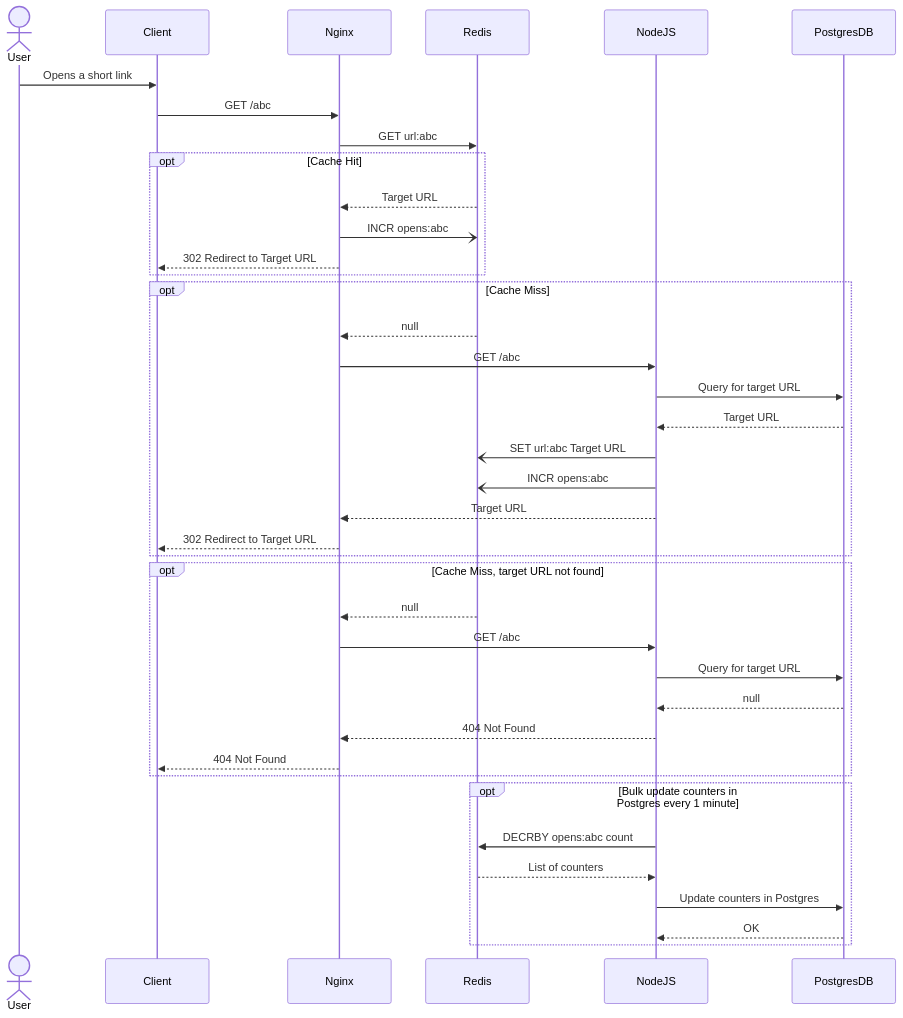
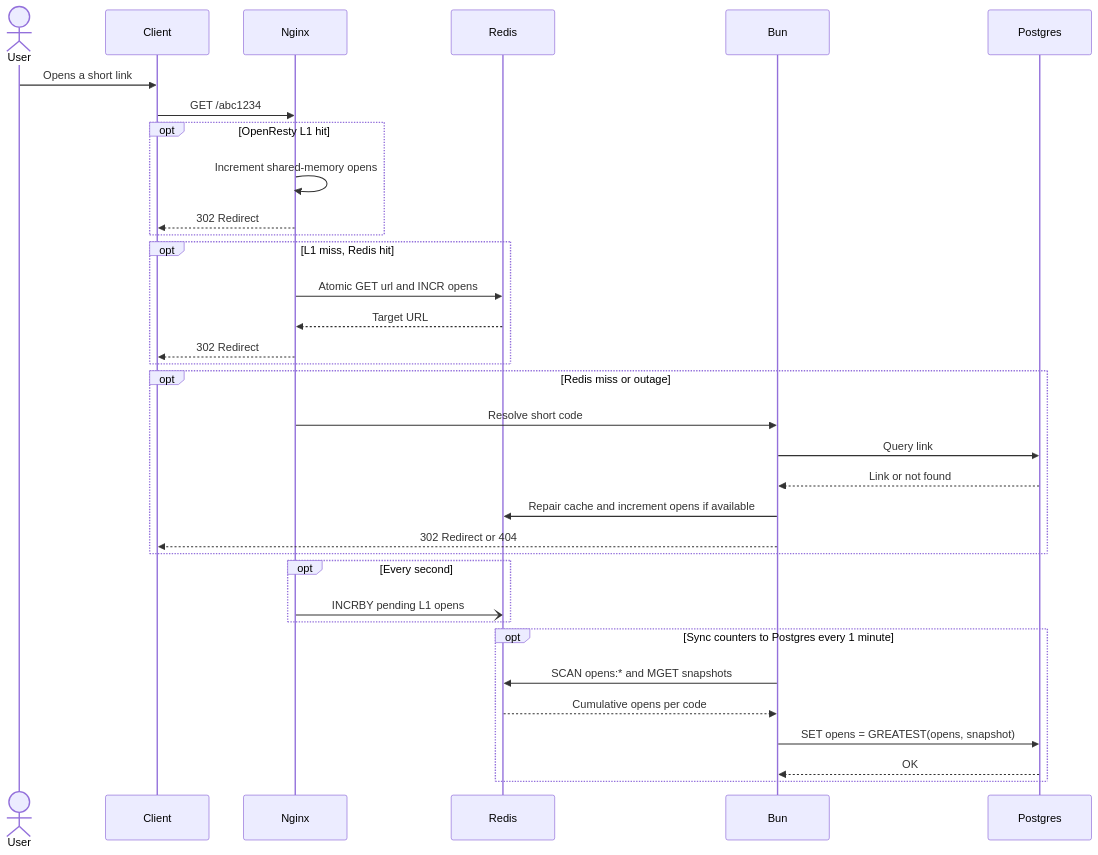
One commit to gennadiipel/link-shortener changed the first of 3 diagrams in README.md. Above: the diagram before and after it, drawn with Mermaid. The commit also changed other lines of this file and 23 other files, not shown here.

Commit message:
Add flush update count in postgres

````diff
--- a/README.md
+++ b/README.md
@@ -113,46 +116,42 @@
 ```mermaid
 sequenceDiagram
-  Actor User
+  actor User
   participant Client
   participant Nginx
   participant Redis
-  participant NodeJS
-  participant PostgresDB
+  participant Bun
+  participant Postgres
 
   User->>Client: Opens a short link
-  Client->>Nginx: GET /abc
-  Nginx->>Redis: GET url:abc
+  Client->>Nginx: GET /abc1234
 
-  opt Cache Hit
-    Redis-->>Nginx: Target URL
-    Nginx-)Redis: INCR opens:abc
-    Nginx-->>Client: 302 Redirect to Target URL
+  opt OpenResty L1 hit
+    Nginx->>Nginx: Increment shared-memory opens
+    Nginx-->>Client: 302 Redirect
   end
 
-  opt Cache Miss
-    Redis-->>Nginx: null
-    Nginx->>NodeJS: GET /abc
-    NodeJS->>PostgresDB: Query for target URL
-    PostgresDB-->>NodeJS: Target URL
-    NodeJS-)Redis: SET url:abc Target URL
-    NodeJS-)Redis: INCR opens:abc
-    NodeJS-->>Nginx: Target URL
-    Nginx-->>Client: 302 Redirect to Target URL
+  opt L1 miss, Redis hit
+    Nginx->>Redis: Atomic GET url and INCR opens
+    Redis-->>Nginx: Target URL
+    Nginx-->>Client: 302 Redirect
   end
 
-  opt Cache Miss, target URL not found
-    Redis-->>Nginx: null
-    Nginx->>NodeJS: GET /abc
-    NodeJS->>PostgresDB: Query for target URL
-    PostgresDB-->>NodeJS: null
-    NodeJS-->>Nginx: 404 Not Found
-    Nginx-->>Client: 404 Not Found
+  opt Redis miss or outage
+    Nginx->>Bun: Resolve short code
+    Bun->>Postgres: Query link
+    Postgres-->>Bun: Link or not found
+    Bun->>Redis: Repair cache and increment opens if available
+    Bun-->>Client: 302 Redirect or 404
   end
 
-  opt Bulk update counters in Postgres every 1 minute
-    NodeJS->>Redis: DECRBY opens:abc count
-    Redis-->>NodeJS: List of counters
-    NodeJS->>PostgresDB: Update counters in Postgres
-    PostgresDB-->>NodeJS: OK
+  opt Every second
+    Nginx-)Redis: INCRBY pending L1 opens
+  end
+
+  opt Sync counters to Postgres every 1 minute
+    Bun->>Redis: SCAN opens:* and MGET snapshots
+    Redis-->>Bun: Cumulative opens per code
+    Bun->>Postgres: SET opens = GREATEST(opens, snapshot)
+    Postgres-->>Bun: OK
   end
 ```
````
